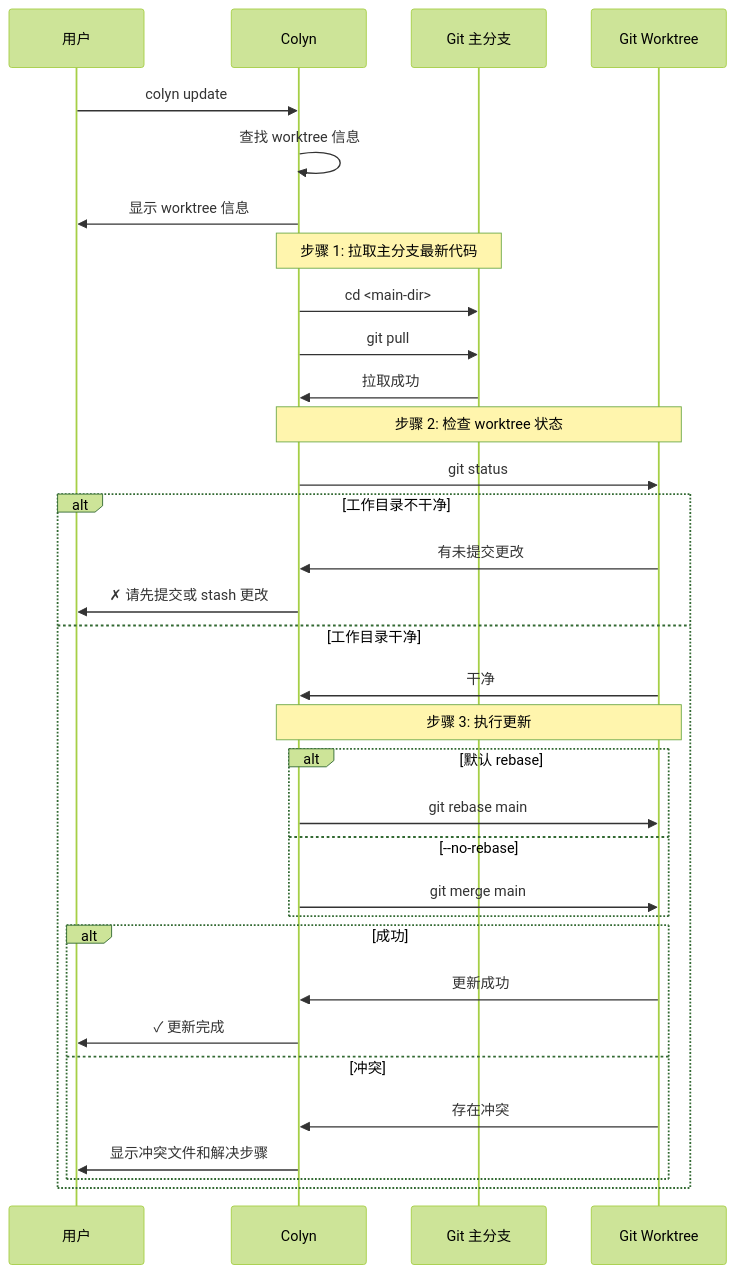
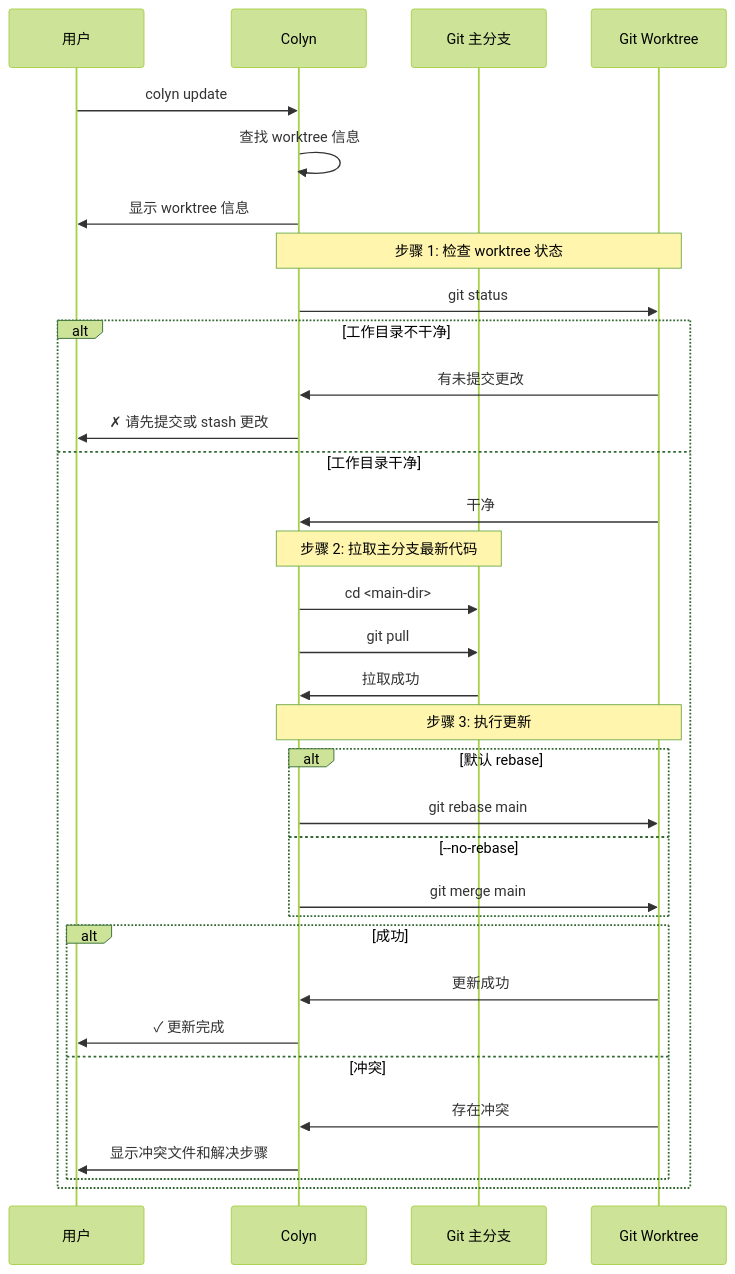
One commit to colin-han/colyn changed the third of 4 diagrams in docs/design-update-command.md. Above: the diagram before and after it, drawn with Mermaid (forest theme). The commit also changed other lines of this file and 2 other files, not shown here.

Commit message:
feat: 更新update流程

````diff
--- a/docs/design-update-command.md
+++ b/docs/design-update-command.md
@@ -243,42 +243,42 @@
 ```mermaid
 sequenceDiagram
     participant U as 用户
     participant C as Colyn
     participant M as Git 主分支
     participant WT as Git Worktree
 
     U->>C: colyn update
 
     C->>C: 查找 worktree 信息
     C->>U: 显示 worktree 信息
 
-    Note over C,M: 步骤 1: 拉取主分支最新代码
-    C->>M: cd <main-dir>
-    C->>M: git pull
-    M->>C: 拉取成功
-
-    Note over C,WT: 步骤 2: 检查 worktree 状态
+    Note over C,WT: 步骤 1: 检查 worktree 状态
     C->>WT: git status
 
     alt 工作目录不干净
         WT->>C: 有未提交更改
         C->>U: ✗ 请先提交或 stash 更改
     else 工作目录干净
         WT->>C: 干净
+
+        Note over C,M: 步骤 2: 拉取主分支最新代码
+        C->>M: cd <main-dir>
+        C->>M: git pull
+        M->>C: 拉取成功
 
         Note over C,WT: 步骤 3: 执行更新
         alt 默认 rebase
             C->>WT: git rebase main
         else --no-rebase
             C->>WT: git merge main
         end
 
         alt 成功
             WT->>C: 更新成功
             C->>U: ✓ 更新完成
         else 冲突
             WT->>C: 存在冲突
             C->>U: 显示冲突文件和解决步骤
         end
     end
 ```
````
